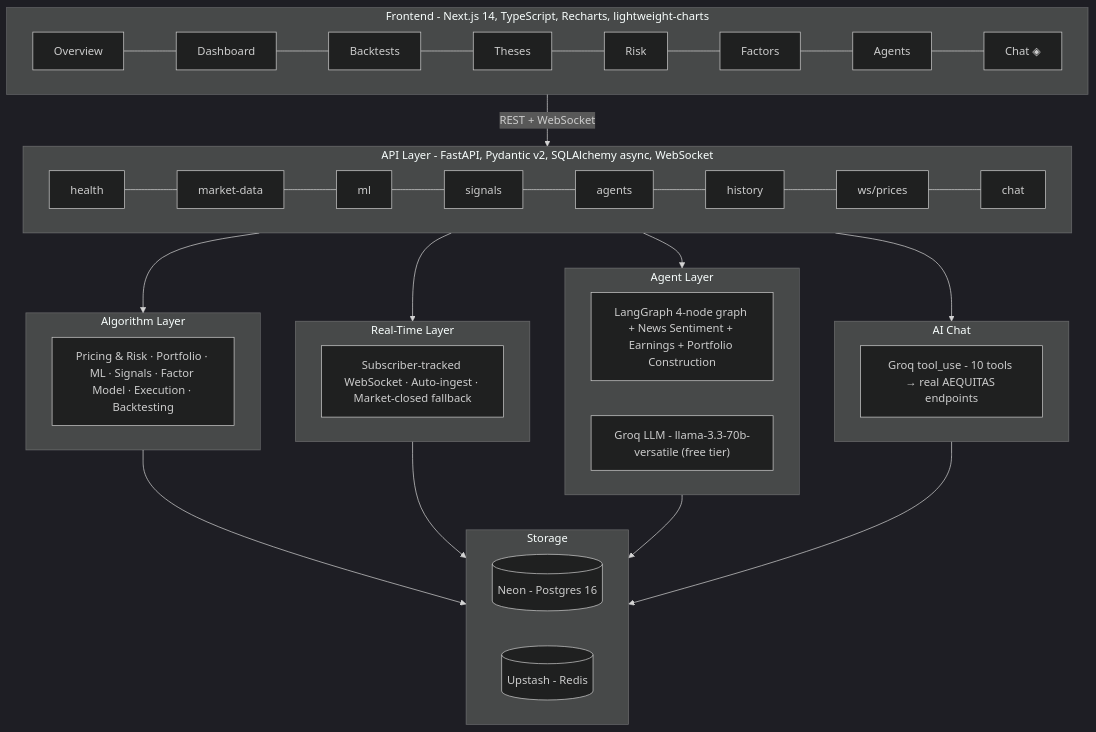
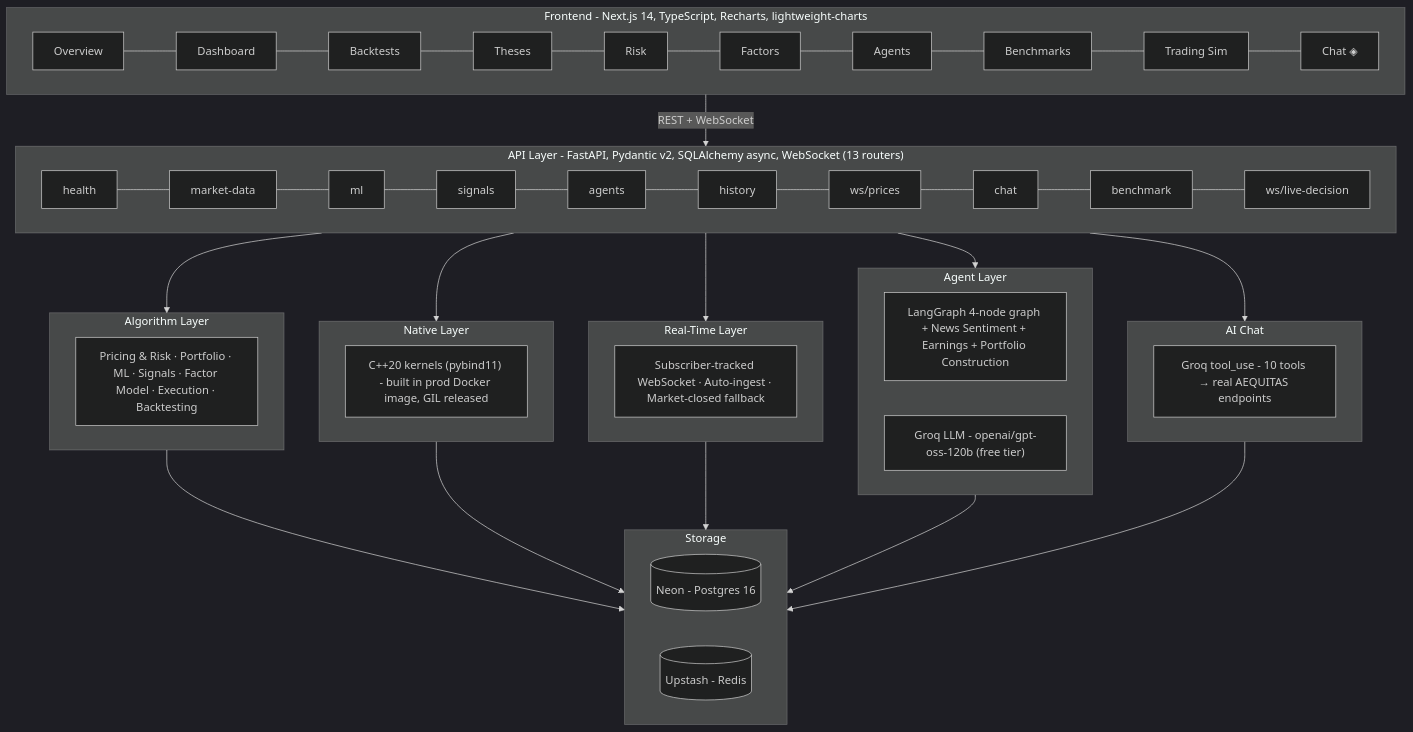
One commit to CodeRockerr/AEQUITAS changed the first of 2 diagrams in README.md. Above: the diagram before and after it, drawn with Mermaid (dark theme). The commit also changed other lines of this file, not shown here.

````diff
--- a/README.md
+++ b/README.md
@@ -47,38 +48,42 @@
 ```mermaid
 flowchart TB
     subgraph Frontend["Frontend - Next.js 14, TypeScript, Recharts, lightweight-charts"]
         direction LR
-        F1["Overview"] --- F2["Dashboard"] --- F3["Backtests"] --- F4["Theses"] --- F5["Risk"] --- F6["Factors"] --- F7["Agents"] --- F8["Chat ◈"]
+        F1["Overview"] --- F2["Dashboard"] --- F3["Backtests"] --- F4["Theses"] --- F5["Risk"] --- F6["Factors"] --- F7["Agents"] --- F8["Benchmarks"] --- F9["Trading Sim"] --- F10["Chat ◈"]
     end
 
-    subgraph API["API Layer - FastAPI, Pydantic v2, SQLAlchemy async, WebSocket"]
+    subgraph API["API Layer - FastAPI, Pydantic v2, SQLAlchemy async, WebSocket (13 routers)"]
         direction LR
-        A1["health"] --- A2["market-data"] --- A3["ml"] --- A4["signals"] --- A5["agents"] --- A6["history"] --- A7["ws/prices"] --- A8["chat"]
+        A1["health"] --- A2["market-data"] --- A3["ml"] --- A4["signals"] --- A5["agents"] --- A6["history"] --- A7["ws/prices"] --- A8["chat"] --- A9["benchmark"] --- A10["ws/live-decision"]
     end
 
     subgraph Algo["Algorithm Layer"]
         AL1["Pricing & Risk · Portfolio · ML · Signals · Factor Model · Execution · Backtesting"]
+    end
+
+    subgraph Native["Native Layer"]
+        N1["C++20 kernels (pybind11) - built in prod Docker image, GIL released"]
     end
 
     subgraph Stream["Real-Time Layer"]
         ST1["Subscriber-tracked WebSocket · Auto-ingest · Market-closed fallback"]
     end
 
     subgraph Agent["Agent Layer"]
         AG1["LangGraph 4-node graph + News Sentiment + Earnings + Portfolio Construction"]
-        AG2["Groq LLM - llama-3.3-70b-versatile (free tier)"]
+        AG2["Groq LLM - openai/gpt-oss-120b (free tier)"]
     end
 
     subgraph Chat["AI Chat"]
         CH1["Groq tool_use - 10 tools → real AEQUITAS endpoints"]
     end
 
     subgraph Storage["Storage"]
         S1[("Neon - Postgres 16")]
         S2[("Upstash - Redis")]
     end
 
     Frontend -->|"REST + WebSocket"| API
-    API --> Algo & Stream & Agent & Chat
-    Algo & Stream & Agent & Chat --> Storage
+    API --> Algo & Native & Stream & Agent & Chat
+    Algo & Native & Stream & Agent & Chat --> Storage
 ```
````
